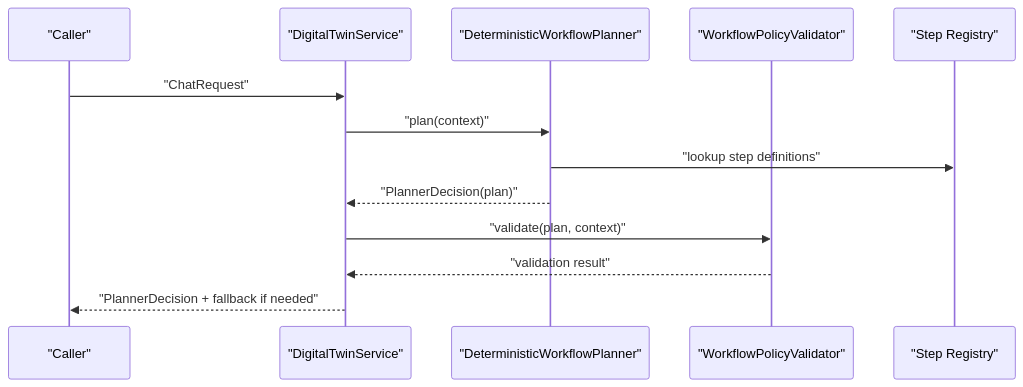
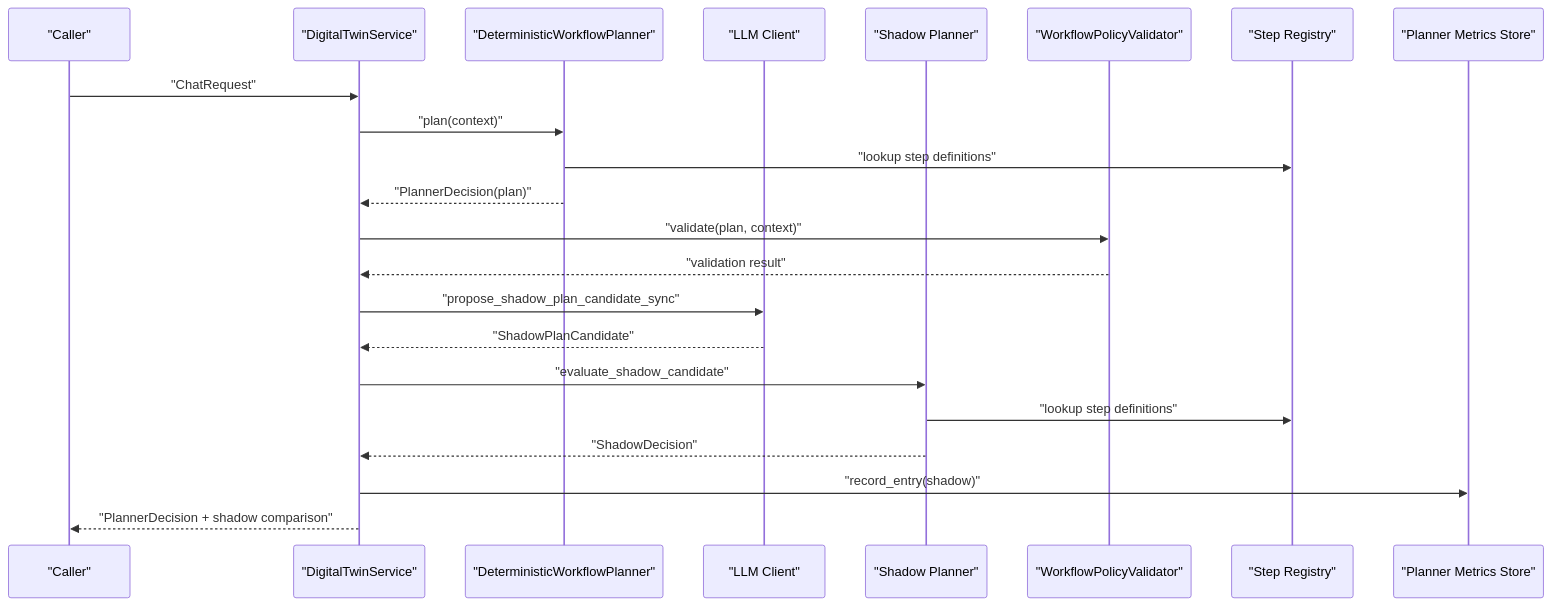
One commit to intellistream/sage-mate changed the second of 14 diagrams in .qoder/repowiki/en/content/Workflow System/Workflow System.md. Above: the diagram before and after it, drawn with Mermaid. The commit also changed other lines of this file and 60 other files, not shown here.

````diff
--- a/.qoder/repowiki/en/content/Workflow System/Workflow System.md
+++ b/.qoder/repowiki/en/content/Workflow System/Workflow System.md
@@ -100,15 +136,24 @@
 ```mermaid
 sequenceDiagram
 participant Client as "Caller"
 participant Service as "DigitalTwinService"
 participant Planner as "DeterministicWorkflowPlanner"
+participant LLM as "LLM Client"
+participant Shadow as "Shadow Planner"
 participant Policy as "WorkflowPolicyValidator"
 participant Registry as "Step Registry"
+participant Metrics as "Planner Metrics Store"
 Client->>Service : "ChatRequest"
 Service->>Planner : "plan(context)"
 Planner->>Registry : "lookup step definitions"
 Planner-->>Service : "PlannerDecision(plan)"
 Service->>Policy : "validate(plan, context)"
 Policy-->>Service : "validation result"
-Service-->>Client : "PlannerDecision + fallback if needed"
+Service->>LLM : "propose_shadow_plan_candidate_sync"
+LLM-->>Service : "ShadowPlanCandidate"
+Service->>Shadow : "evaluate_shadow_candidate"
+Shadow->>Registry : "lookup step definitions"
+Shadow-->>Service : "ShadowDecision"
+Service->>Metrics : "record_entry(shadow)"
+Service-->>Client : "PlannerDecision + shadow comparison"
 ```
````
